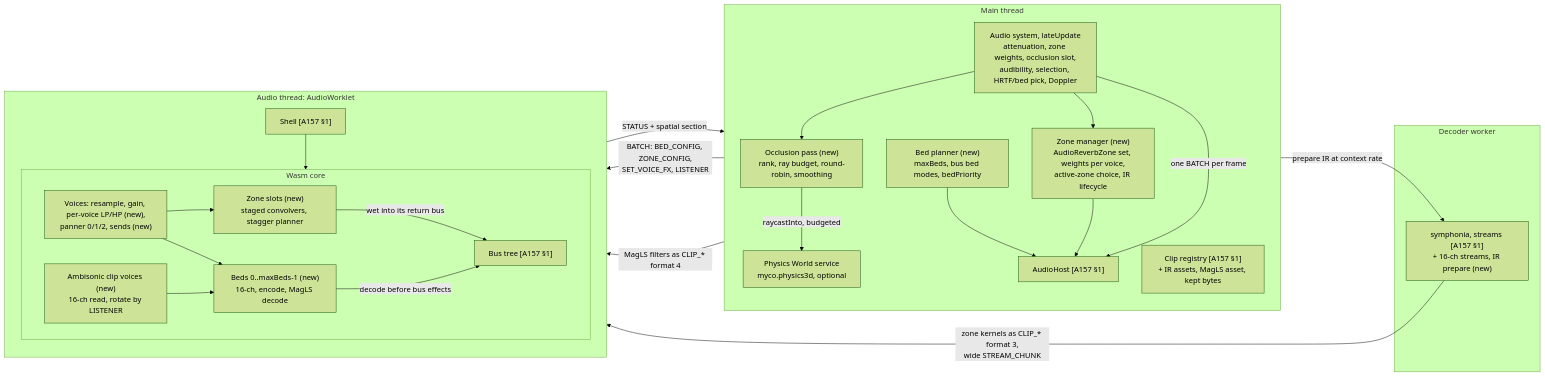
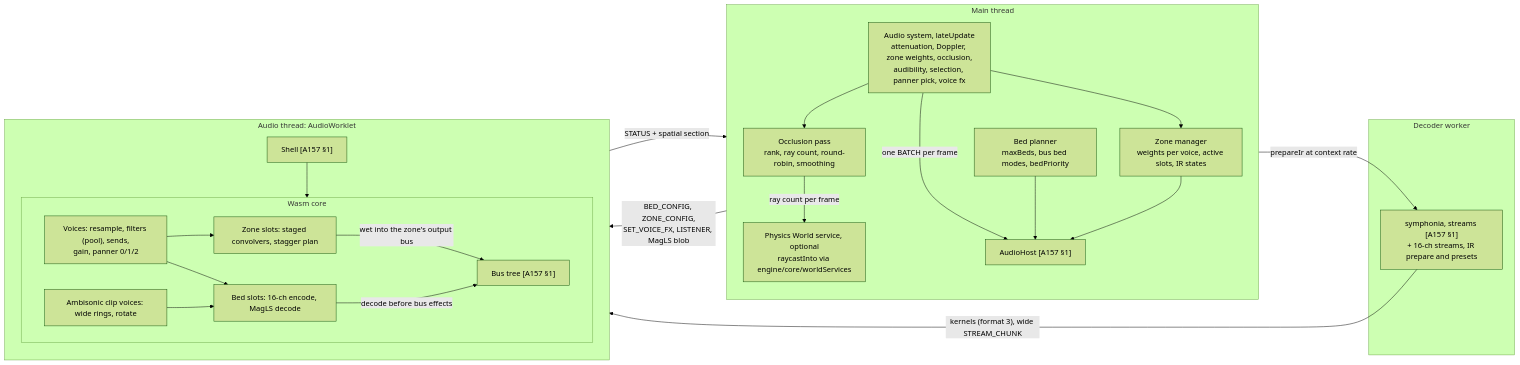
Before and after one commit to doughtnerd/TranquilityEngine: the first of 10 diagrams in docs/design/0162-audio-spatial/architecture.md, drawn with Mermaid (forest theme). The commit also changed other lines of this file and 4 other files, not shown here.

````diff
--- a/docs/design/0162-audio-spatial/architecture.md
+++ b/docs/design/0162-audio-spatial/architecture.md
@@ -13,44 +24,42 @@
 ```mermaid
 flowchart LR
   subgraph Main["Main thread"]
     direction TB
-    Sys["Audio system, lateUpdate<br/>attenuation, zone weights, occlusion slot,<br/>audibility, selection, HRTF/bed pick, Doppler"]
-    Occ["Occlusion pass (new)<br/>rank, ray budget, round-robin, smoothing"]
-    Zones["Zone manager (new)<br/>AudioReverbZone set, weights per voice,<br/>active-zone choice, IR lifecycle"]
-    Beds["Bed planner (new)<br/>maxBeds, bus bed modes, bedPriority"]
-    Phys["Physics World service<br/>myco.physics3d, optional"]
+    Sys["Audio system, lateUpdate<br/>attenuation, Doppler, zone weights, occlusion,<br/>audibility, selection, panner pick, voice fx"]
+    Occ["Occlusion pass<br/>rank, ray count, round-robin, smoothing"]
+    Zones["Zone manager<br/>weights per voice, active slots, IR states"]
+    Beds["Bed planner<br/>maxBeds, bus bed modes, bedPriority"]
+    Phys["Physics World service, optional<br/>raycastInto via engine/core/worldServices"]
     Host["AudioHost [A157 §1]"]
-    Reg["Clip registry [A157 §1]<br/>+ IR assets, MagLS asset, kept bytes"]
   end
   subgraph Worklet["Audio thread: AudioWorklet"]
     direction TB
     Shell["Shell [A157 §1]"]
     subgraph Core["Wasm core"]
-      Vo["Voices: resample, gain, per-voice LP/HP (new),<br/>panner 0/1/2, sends (new)"]
-      Bed["Beds 0..maxBeds-1 (new)<br/>16-ch, encode, MagLS decode"]
-      Clip["Ambisonic clip voices (new)<br/>16-ch read, rotate by LISTENER"]
-      Zc["Zone slots (new)<br/>staged convolvers, stagger planner"]
+      Vo["Voices: resample, filters (pool), sends,<br/>gain, panner 0/1/2"]
+      Bed["Bed slots: 16-ch encode, MagLS decode"]
+      Clip["Ambisonic clip voices: wide rings, rotate"]
+      Zc["Zone slots: staged convolvers, stagger plan"]
       Bus["Bus tree [A157 §1]"]
     end
   end
   subgraph Worker["Decoder worker"]
-    Dec["symphonia, streams [A157 §1]<br/>+ 16-ch streams, IR prepare (new)"]
+    Dec["symphonia, streams [A157 §1]<br/>+ 16-ch streams, IR prepare and presets"]
   end
   Sys --> Occ
-  Occ -->|"raycastInto, budgeted"| Phys
+  Occ -->|"ray count per frame"| Phys
   Sys --> Zones
+  Sys -->|"one BATCH per frame"| Host
   Beds --> Host
   Zones --> Host
-  Sys -->|"one BATCH per frame"| Host
-  Host -->|"BATCH: BED_CONFIG, ZONE_CONFIG,<br/>SET_VOICE_FX, LISTENER"| Shell
-  Zones -->|"prepare IR at context rate"| Dec
-  Dec -->|"zone kernels as CLIP_* format 3,<br/>wide STREAM_CHUNK"| Shell
-  Reg -->|"MagLS filters as CLIP_* format 4"| Shell
+  Host -->|"BED_CONFIG, ZONE_CONFIG,<br/>SET_VOICE_FX, LISTENER, MagLS blob"| Shell
+  Zones -->|"prepareIr at context rate"| Dec
+  Dec -->|"kernels (format 3), wide STREAM_CHUNK"| Shell
   Shell --> Core
   Vo --> Bed
   Clip --> Bed
   Vo --> Zc
   Bed -->|"decode before bus effects"| Bus
-  Zc -->|"wet into its return bus"| Bus
+  Zc -->|"wet into the zone's output bus"| Bus
   Shell -->|"STATUS + spatial section"| Host
 ```
````
